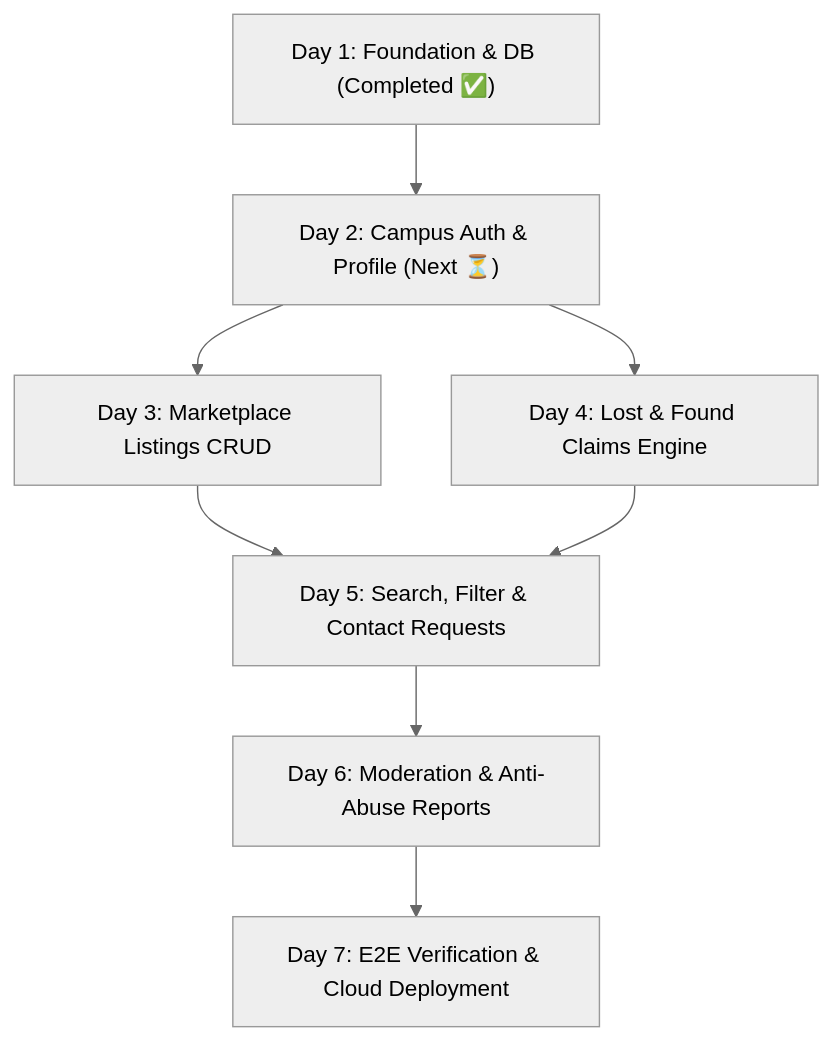
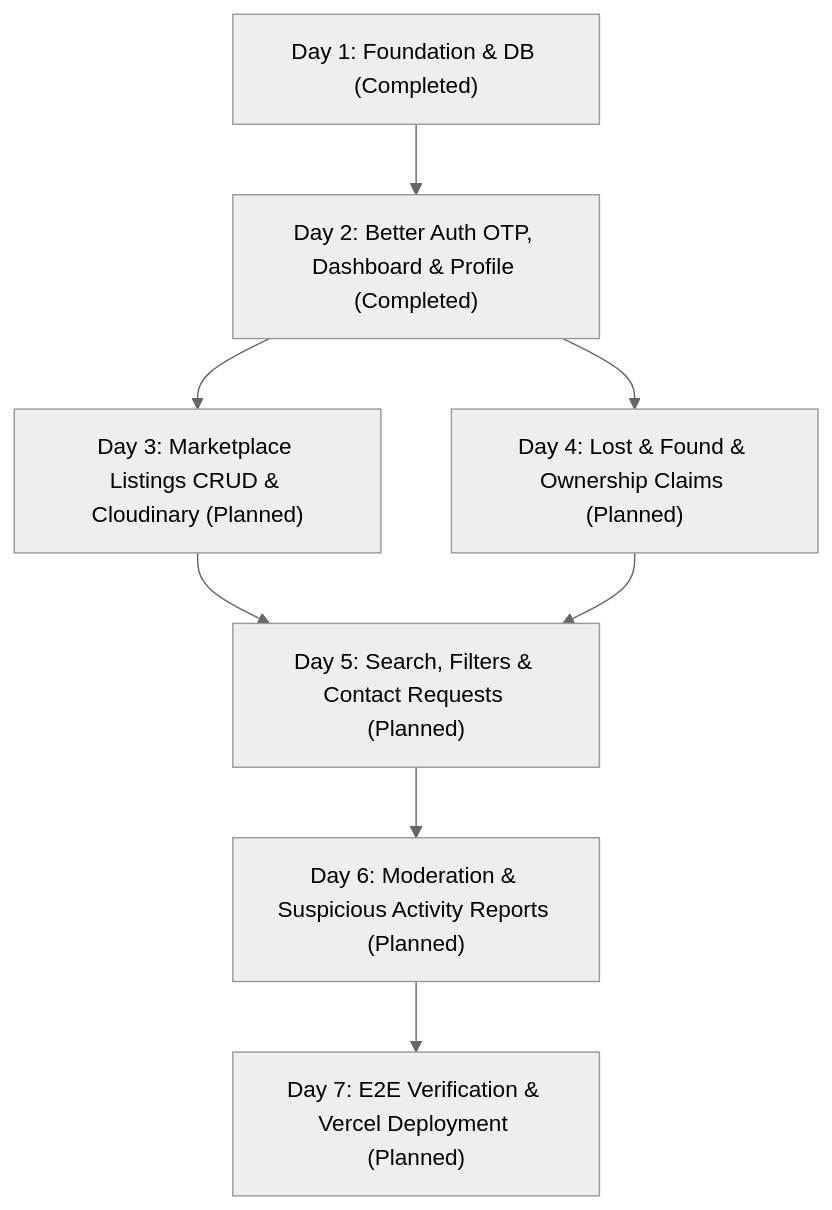
Before and after one commit to Saswata2006/Khoj: the diagram in docs/ROADMAP.md, drawn with Mermaid (neutral theme). The commit also changed other lines of this file and 37 other files, not shown here.

Commit message:
feat(auth): complete secure OTP authentication and user dashboard

````diff
--- a/docs/ROADMAP.md
+++ b/docs/ROADMAP.md
@@ -10,18 +10,18 @@
 ```mermaid
 flowchart TD
-    Day1["Day 1: Foundation & DB (Completed ✅)"]
-    Day2["Day 2: Campus Auth & Profile (Next ⏳)"]
-    Day3["Day 3: Marketplace Listings CRUD"]
-    Day4["Day 4: Lost & Found Claims Engine"]
-    Day5["Day 5: Search, Filter & Contact Requests"]
-    Day6["Day 6: Moderation & Anti-Abuse Reports"]
-    Day7["Day 7: E2E Verification & Cloud Deployment"]
+    Day1["Day 1: Foundation & DB (Completed)"]
+    Day2["Day 2: Better Auth OTP, Dashboard & Profile (Completed)"]
+    Day3["Day 3: Marketplace Listings CRUD & Cloudinary (Planned)"]
+    Day4["Day 4: Lost & Found & Ownership Claims (Planned)"]
+    Day5["Day 5: Search, Filters & Contact Requests (Planned)"]
+    Day6["Day 6: Moderation & Suspicious Activity Reports (Planned)"]
+    Day7["Day 7: E2E Verification & Vercel Deployment (Planned)"]
 
     Day1 --> Day2
     Day2 --> Day3
     Day2 --> Day4
     Day3 --> Day5
     Day4 --> Day5
     Day5 --> Day6
     Day6 --> Day7
 ```
````
